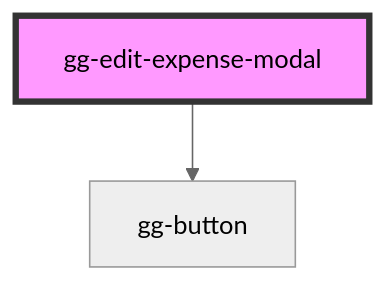
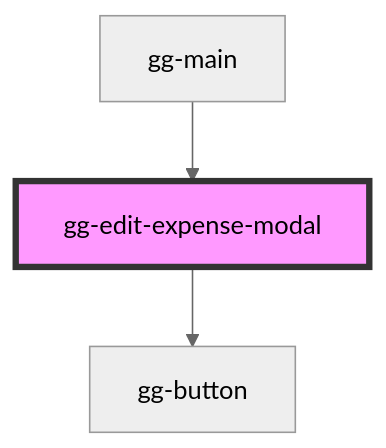
Before and after one commit to gulagha/expense-report: the diagram in src/components/molecules/gg-edit-expense-modal/readme.md, drawn with Mermaid (neutral theme). The commit also changed other lines of this file and 8 other files, not shown here.

````diff
--- a/src/components/molecules/gg-edit-expense-modal/readme.md
+++ b/src/components/molecules/gg-edit-expense-modal/readme.md
@@ -23,5 +28,6 @@
 ```mermaid
 graph TD;
   gg-edit-expense-modal --> gg-button
+  gg-main --> gg-edit-expense-modal
   style gg-edit-expense-modal fill:#f9f,stroke:#333,stroke-width:4px
 ```
````
